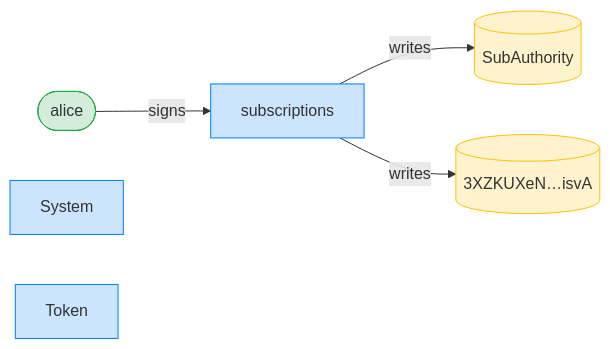
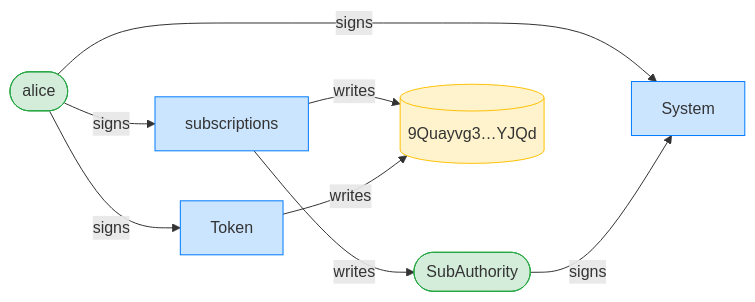
Before and after one commit to cds-rs/subscriptions: the third of 12 diagrams in dsl_tests/a-closed-delegation-account-is-zeroed.md, drawn with Mermaid. The commit also changed other lines of this file and 224 other files, not shown here.

````diff
--- a/dsl_tests/a-closed-delegation-account-is-zeroed.md
+++ b/dsl_tests/a-closed-delegation-account-is-zeroed.md
@@ -53,15 +54,19 @@
 ```mermaid
 flowchart LR
     classDef signer fill:#d4edda,stroke:#28a745;
     classDef program fill:#cce5ff,stroke:#007bff;
     classDef writable fill:#fff3cd,stroke:#ffc107;
     subscriptions[subscriptions]:::program
     alice([alice]):::signer
-    SubAuthority[(SubAuthority)]:::writable
-    3XZKUXeN_isvA[("3XZKUXeN…isvA")]:::writable
+    SubAuthority([SubAuthority]):::signer
+    9Quayvg3_YJQd[("9Quayvg3…YJQd")]:::writable
     System[System]:::program
     Token[Token]:::program
     alice -->|signs| subscriptions
+    alice -->|signs| System
+    SubAuthority -->|signs| System
+    alice -->|signs| Token
     subscriptions -->|writes| SubAuthority
-    subscriptions -->|writes| 3XZKUXeN_isvA
+    subscriptions -->|writes| 9Quayvg3_YJQd
+    Token -->|writes| 9Quayvg3_YJQd
 ```
````
